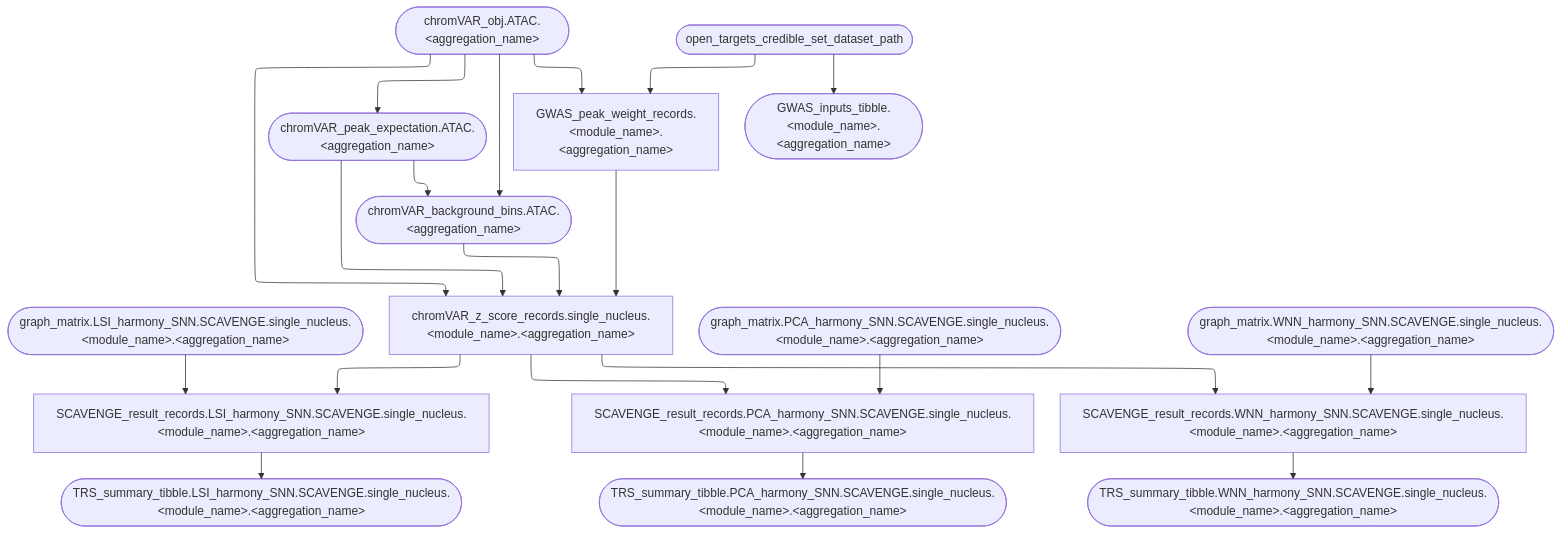
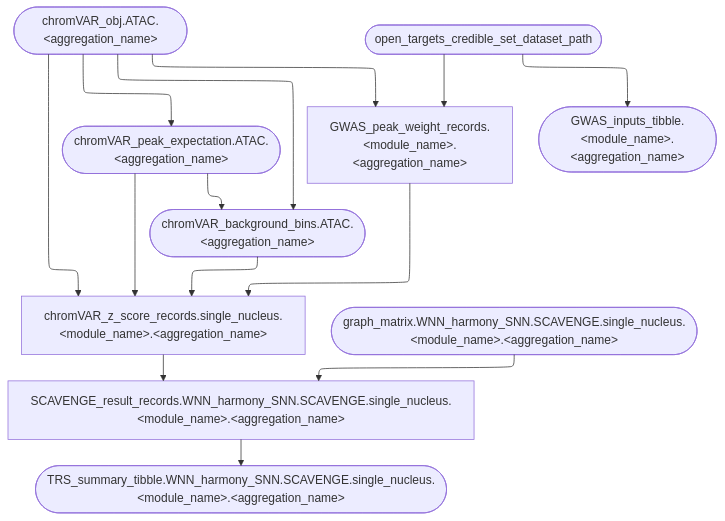
Before and after one commit to koefoeden/multiomeR: the diagram in website/figures/human_curated/genetic_enrichment_single_nucleus_v2.mmd, drawn with Mermaid. The commit also changed 11 other files, not shown here.

First line of the commit message:
Refresh public guides and generated graphs for the ported workflow

```diff
--- a/website/figures/human_curated/genetic_enrichment_single_nucleus_v2.mmd
+++ b/website/figures/human_curated/genetic_enrichment_single_nucleus_v2.mmd
@@ -1,21 +1,15 @@
 %%{init: {'flowchart': {'defaultRenderer': 'elk'}}}%%
 flowchart TB
-  chromVAR_peak_expectation.ATAC.immune_human_2x(["chromVAR_peak_expectation.ATAC.&lt;aggregation_name&gt;"]):::none --> chromVAR_background_bins.ATAC.immune_human_2x(["chromVAR_background_bins.ATAC.&lt;aggregation_name&gt;"]):::none
-  chromVAR_obj.ATAC.immune_human_2x(["chromVAR_obj.ATAC.&lt;aggregation_name&gt;"]):::none --> chromVAR_background_bins.ATAC.immune_human_2x(["chromVAR_background_bins.ATAC.&lt;aggregation_name&gt;"]):::none
-  chromVAR_obj.ATAC.immune_human_2x(["chromVAR_obj.ATAC.&lt;aggregation_name&gt;"]):::none --> chromVAR_peak_expectation.ATAC.immune_human_2x(["chromVAR_peak_expectation.ATAC.&lt;aggregation_name&gt;"]):::none
-  graph_matrix.LSI_harmony_SNN.SCAVENGE.single_nucleus.genetic_enrichment.immune_human_2x(["graph_matrix.LSI_harmony_SNN.SCAVENGE.single_nucleus.&lt;module_name&gt;.&lt;aggregation_name&gt;"]):::none --> SCAVENGE_result_records.LSI_harmony_SNN.SCAVENGE.single_nucleus.genetic_enrichment.immune_human_2x["SCAVENGE_result_records.LSI_harmony_SNN.SCAVENGE.single_nucleus.&lt;module_name&gt;.&lt;aggregation_name&gt;"]:::none
-  chromVAR_z_score_records.single_nucleus.genetic_enrichment.immune_human_2x["chromVAR_z_score_records.single_nucleus.&lt;module_name&gt;.&lt;aggregation_name&gt;"]:::none --> SCAVENGE_result_records.LSI_harmony_SNN.SCAVENGE.single_nucleus.genetic_enrichment.immune_human_2x["SCAVENGE_result_records.LSI_harmony_SNN.SCAVENGE.single_nucleus.&lt;module_name&gt;.&lt;aggregation_name&gt;"]:::none
-  chromVAR_z_score_records.single_nucleus.genetic_enrichment.immune_human_2x["chromVAR_z_score_records.single_nucleus.&lt;module_name&gt;.&lt;aggregation_name&gt;"]:::none --> SCAVENGE_result_records.PCA_harmony_SNN.SCAVENGE.single_nucleus.genetic_enrichment.immune_human_2x["SCAVENGE_result_records.PCA_harmony_SNN.SCAVENGE.single_nucleus.&lt;module_name&gt;.&lt;aggregation_name&gt;"]:::none
-  graph_matrix.PCA_harmony_SNN.SCAVENGE.single_nucleus.genetic_enrichment.immune_human_2x(["graph_matrix.PCA_harmony_SNN.SCAVENGE.single_nucleus.&lt;module_name&gt;.&lt;aggregation_name&gt;"]):::none --> SCAVENGE_result_records.PCA_harmony_SNN.SCAVENGE.single_nucleus.genetic_enrichment.immune_human_2x["SCAVENGE_result_records.PCA_harmony_SNN.SCAVENGE.single_nucleus.&lt;module_name&gt;.&lt;aggregation_name&gt;"]:::none
+  chromVAR_obj.ATAC.ENCODE_heart_LV_6x(["chromVAR_obj.ATAC.&lt;aggregation_name&gt;"]):::none --> chromVAR_background_bins.ATAC.ENCODE_heart_LV_6x(["chromVAR_background_bins.ATAC.&lt;aggregation_name&gt;"]):::none
+  chromVAR_peak_expectation.ATAC.ENCODE_heart_LV_6x(["chromVAR_peak_expectation.ATAC.&lt;aggregation_name&gt;"]):::none --> chromVAR_background_bins.ATAC.ENCODE_heart_LV_6x(["chromVAR_background_bins.ATAC.&lt;aggregation_name&gt;"]):::none
+  chromVAR_obj.ATAC.ENCODE_heart_LV_6x(["chromVAR_obj.ATAC.&lt;aggregation_name&gt;"]):::none --> chromVAR_peak_expectation.ATAC.ENCODE_heart_LV_6x(["chromVAR_peak_expectation.ATAC.&lt;aggregation_name&gt;"]):::none
+  chromVAR_z_score_records.single_nucleus.genetic_enrichment.immune_human_2x["chromVAR_z_score_records.single_nucleus.&lt;module_name&gt;.&lt;aggregation_name&gt;"]:::none --> SCAVENGE_result_records.WNN_harmony_SNN.SCAVENGE.single_nucleus.genetic_enrichment.immune_human_2x["SCAVENGE_result_records.WNN_harmony_SNN.SCAVENGE.single_nucleus.&lt;module_name&gt;.&lt;aggregation_name&gt;"]:::none
   graph_matrix.WNN_harmony_SNN.SCAVENGE.single_nucleus.genetic_enrichment.immune_human_2x(["graph_matrix.WNN_harmony_SNN.SCAVENGE.single_nucleus.&lt;module_name&gt;.&lt;aggregation_name&gt;"]):::none --> SCAVENGE_result_records.WNN_harmony_SNN.SCAVENGE.single_nucleus.genetic_enrichment.immune_human_2x["SCAVENGE_result_records.WNN_harmony_SNN.SCAVENGE.single_nucleus.&lt;module_name&gt;.&lt;aggregation_name&gt;"]:::none
-  chromVAR_z_score_records.single_nucleus.genetic_enrichment.immune_human_2x["chromVAR_z_score_records.single_nucleus.&lt;module_name&gt;.&lt;aggregation_name&gt;"]:::none --> SCAVENGE_result_records.WNN_harmony_SNN.SCAVENGE.single_nucleus.genetic_enrichment.immune_human_2x["SCAVENGE_result_records.WNN_harmony_SNN.SCAVENGE.single_nucleus.&lt;module_name&gt;.&lt;aggregation_name&gt;"]:::none
-  chromVAR_obj.ATAC.immune_human_2x(["chromVAR_obj.ATAC.&lt;aggregation_name&gt;"]):::none --> chromVAR_z_score_records.single_nucleus.genetic_enrichment.immune_human_2x["chromVAR_z_score_records.single_nucleus.&lt;module_name&gt;.&lt;aggregation_name&gt;"]:::none
-  chromVAR_peak_expectation.ATAC.immune_human_2x(["chromVAR_peak_expectation.ATAC.&lt;aggregation_name&gt;"]):::none --> chromVAR_z_score_records.single_nucleus.genetic_enrichment.immune_human_2x["chromVAR_z_score_records.single_nucleus.&lt;module_name&gt;.&lt;aggregation_name&gt;"]:::none
-  chromVAR_background_bins.ATAC.immune_human_2x(["chromVAR_background_bins.ATAC.&lt;aggregation_name&gt;"]):::none --> chromVAR_z_score_records.single_nucleus.genetic_enrichment.immune_human_2x["chromVAR_z_score_records.single_nucleus.&lt;module_name&gt;.&lt;aggregation_name&gt;"]:::none
+  chromVAR_obj.ATAC.ENCODE_heart_LV_6x(["chromVAR_obj.ATAC.&lt;aggregation_name&gt;"]):::none --> chromVAR_z_score_records.single_nucleus.genetic_enrichment.immune_human_2x["chromVAR_z_score_records.single_nucleus.&lt;module_name&gt;.&lt;aggregation_name&gt;"]:::none
+  chromVAR_background_bins.ATAC.ENCODE_heart_LV_6x(["chromVAR_background_bins.ATAC.&lt;aggregation_name&gt;"]):::none --> chromVAR_z_score_records.single_nucleus.genetic_enrichment.immune_human_2x["chromVAR_z_score_records.single_nucleus.&lt;module_name&gt;.&lt;aggregation_name&gt;"]:::none
+  chromVAR_peak_expectation.ATAC.ENCODE_heart_LV_6x(["chromVAR_peak_expectation.ATAC.&lt;aggregation_name&gt;"]):::none --> chromVAR_z_score_records.single_nucleus.genetic_enrichment.immune_human_2x["chromVAR_z_score_records.single_nucleus.&lt;module_name&gt;.&lt;aggregation_name&gt;"]:::none
   GWAS_peak_weight_records.genetic_enrichment.immune_human_2x["GWAS_peak_weight_records.&lt;module_name&gt;.&lt;aggregation_name&gt;"]:::none --> chromVAR_z_score_records.single_nucleus.genetic_enrichment.immune_human_2x["chromVAR_z_score_records.single_nucleus.&lt;module_name&gt;.&lt;aggregation_name&gt;"]:::none
-  chromVAR_obj.ATAC.immune_human_2x(["chromVAR_obj.ATAC.&lt;aggregation_name&gt;"]):::none --> GWAS_peak_weight_records.genetic_enrichment.immune_human_2x["GWAS_peak_weight_records.&lt;module_name&gt;.&lt;aggregation_name&gt;"]:::none
+  chromVAR_obj.ATAC.ENCODE_heart_LV_6x(["chromVAR_obj.ATAC.&lt;aggregation_name&gt;"]):::none --> GWAS_peak_weight_records.genetic_enrichment.immune_human_2x["GWAS_peak_weight_records.&lt;module_name&gt;.&lt;aggregation_name&gt;"]:::none
   open_targets_credible_set_dataset_path(["open_targets_credible_set_dataset_path"]):::none --> GWAS_inputs_tibble.genetic_enrichment.immune_human_2x(["GWAS_inputs_tibble.&lt;module_name&gt;.&lt;aggregation_name&gt;"]):::none
   open_targets_credible_set_dataset_path(["open_targets_credible_set_dataset_path"]):::none --> GWAS_peak_weight_records.genetic_enrichment.immune_human_2x["GWAS_peak_weight_records.&lt;module_name&gt;.&lt;aggregation_name&gt;"]:::none
-  SCAVENGE_result_records.LSI_harmony_SNN.SCAVENGE.single_nucleus.genetic_enrichment.immune_human_2x["SCAVENGE_result_records.LSI_harmony_SNN.SCAVENGE.single_nucleus.&lt;module_name&gt;.&lt;aggregation_name&gt;"]:::none --> TRS_summary_tibble.LSI_harmony_SNN.SCAVENGE.single_nucleus.genetic_enrichment.immune_human_2x(["TRS_summary_tibble.LSI_harmony_SNN.SCAVENGE.single_nucleus.&lt;module_name&gt;.&lt;aggregation_name&gt;"]):::none
-  SCAVENGE_result_records.PCA_harmony_SNN.SCAVENGE.single_nucleus.genetic_enrichment.immune_human_2x["SCAVENGE_result_records.PCA_harmony_SNN.SCAVENGE.single_nucleus.&lt;module_name&gt;.&lt;aggregation_name&gt;"]:::none --> TRS_summary_tibble.PCA_harmony_SNN.SCAVENGE.single_nucleus.genetic_enrichment.immune_human_2x(["TRS_summary_tibble.PCA_harmony_SNN.SCAVENGE.single_nucleus.&lt;module_name&gt;.&lt;aggregation_name&gt;"]):::none
   SCAVENGE_result_records.WNN_harmony_SNN.SCAVENGE.single_nucleus.genetic_enrichment.immune_human_2x["SCAVENGE_result_records.WNN_harmony_SNN.SCAVENGE.single_nucleus.&lt;module_name&gt;.&lt;aggregation_name&gt;"]:::none --> TRS_summary_tibble.WNN_harmony_SNN.SCAVENGE.single_nucleus.genetic_enrichment.immune_human_2x(["TRS_summary_tibble.WNN_harmony_SNN.SCAVENGE.single_nucleus.&lt;module_name&gt;.&lt;aggregation_name&gt;"]):::none
```
